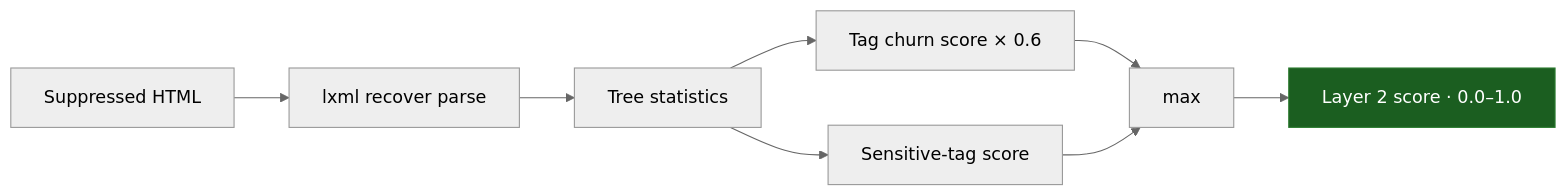
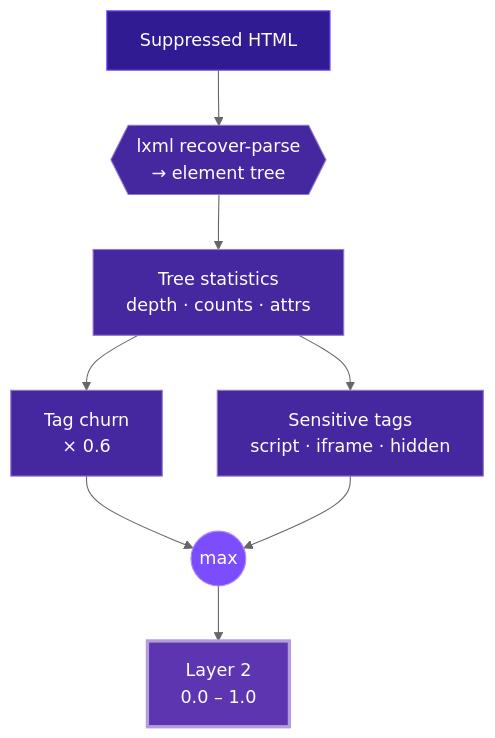
Before and after one commit to Ns81000/WARDRESS: the diagram in docs/layers/2-dom-structure.mdx, drawn with Mermaid (neutral theme). The commit also changed 10 other files, not shown here.

Commit message:
docs: add comprehensive documentation for the Wardress detection layers and system architecture.

````diff
--- a/docs/layers/2-dom-structure.mdx
+++ b/docs/layers/2-dom-structure.mdx
@@ -26,13 +26,14 @@
 ```mermaid
-flowchart LR
-    HTML[Suppressed HTML] --> P[lxml recover parse]
-    P --> S[Tree statistics]
-    S --> CH[Tag churn score × 0.6]
-    S --> SN[Sensitive-tag score]
-    CH --> M[max]
-    SN --> M
-    M --> OUT[Layer 2 score · 0.0–1.0]
+flowchart TD
+    HTML["Suppressed HTML"]:::in --> P{{"lxml recover-parse<br/>→ element tree"}}
+    P --> S["Tree statistics<br/>depth · counts · attrs"]:::node
+    S --> CH["Tag churn<br/>× 0.6"]:::node
+    S --> SN["Sensitive tags<br/>script · iframe · hidden"]:::node
+    CH & SN --> M(("max")):::pick
+    M --> OUT["Layer 2<br/>0.0 – 1.0"]:::out
 
-    classDef out fill:#1b5e20,stroke:#2e7d32,color:#fff;
-    class OUT out;
+    classDef in fill:#311b92,stroke:#7c4dff,color:#fff;
+    classDef node fill:#4527a0,stroke:#9575cd,color:#fff;
+    classDef pick fill:#7c4dff,stroke:#b388ff,color:#fff;
+    classDef out fill:#5e35b1,stroke:#b39ddb,color:#fff,stroke-width:3px;
 ```
````
